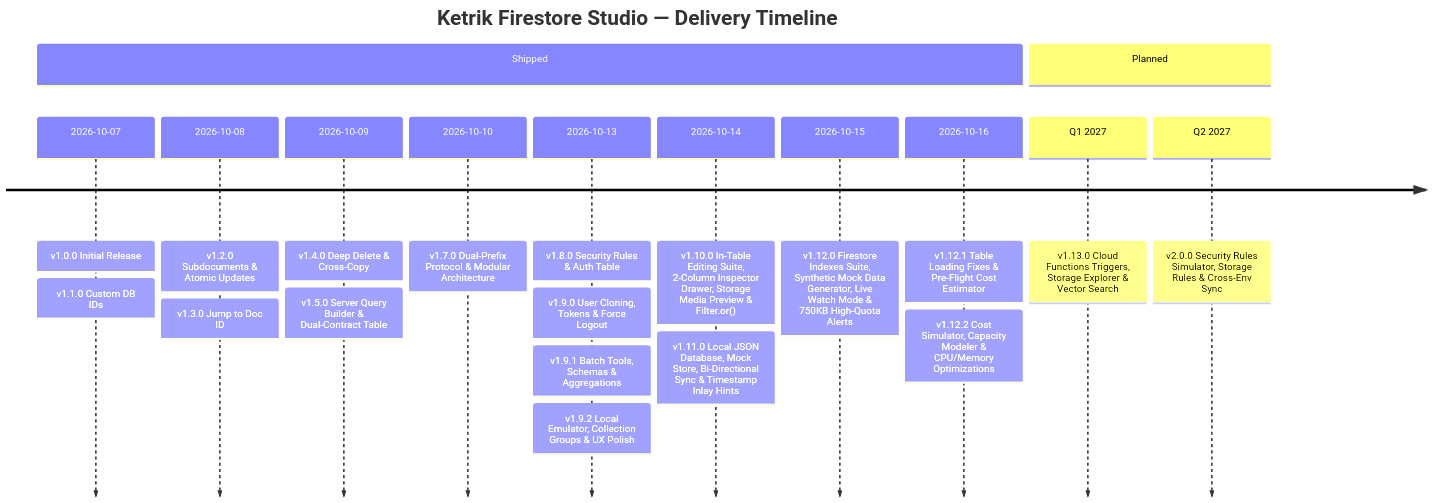
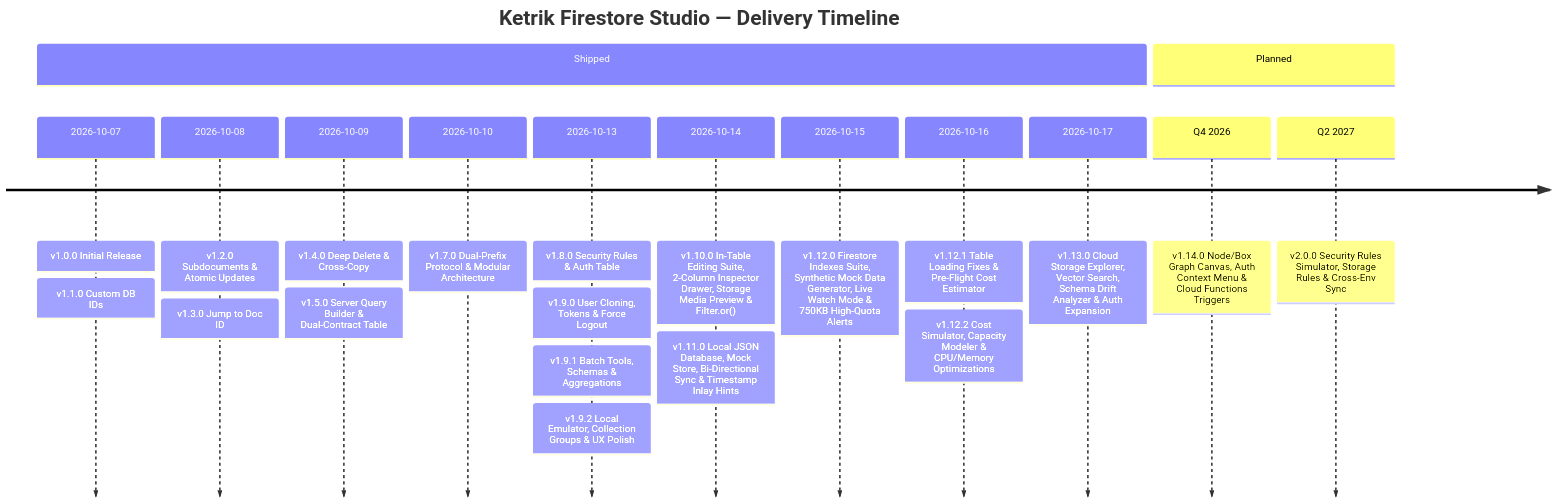
Before and after one commit to ketrik/ketrik-firestore-studio: the diagram in ROADMAP.md, drawn with Mermaid. The commit also changed other lines of this file and 1 other file, not shown here.

Commit message:
feat: replace sprawling action buttons in auth users table with a compact context menu

````diff
--- a/ROADMAP.md
+++ b/ROADMAP.md
@@ -5,16 +5,17 @@
 ```mermaid
 timeline
     title Ketrik Firestore Studio — Delivery Timeline
     section Shipped
         2026-10-07 : v1.0.0 Initial Release : v1.1.0 Custom DB IDs
         2026-10-08 : v1.2.0 Subdocuments & Atomic Updates : v1.3.0 Jump to Doc ID
         2026-10-09 : v1.4.0 Deep Delete & Cross-Copy : v1.5.0 Server Query Builder & Dual-Contract Table
         2026-10-10 : v1.7.0 Dual-Prefix Protocol & Modular Architecture
         2026-10-13 : v1.8.0 Security Rules & Auth Table : v1.9.0 User Cloning, Tokens & Force Logout : v1.9.1 Batch Tools, Schemas & Aggregations : v1.9.2 Local Emulator, Collection Groups & UX Polish
         2026-10-14 : v1.10.0 In-Table Editing Suite, 2-Column Inspector Drawer, Storage Media Preview & Filter.or() : v1.11.0 Local JSON Database, Mock Store, Bi-Directional Sync & Timestamp Inlay Hints
         2026-10-15 : v1.12.0 Firestore Indexes Suite, Synthetic Mock Data Generator, Live Watch Mode & 750KB High-Quota Alerts
         2026-10-16 : v1.12.1 Table Loading Fixes & Pre-Flight Cost Estimator : v1.12.2 Cost Simulator, Capacity Modeler & CPU/Memory Optimizations
+        2026-10-17 : v1.13.0 Cloud Storage Explorer, Vector Search, Schema Drift Analyzer & Auth Expansion
     section Planned
-        Q1 2027 : v1.13.0 Cloud Functions Triggers, Storage Explorer & Vector Search
+        Q4 2026 : v1.14.0 Node/Box Graph Canvas, Auth Context Menu & Cloud Functions Triggers
         Q2 2027 : v2.0.0 Security Rules Simulator, Storage Rules & Cross-Env Sync
 ```
````
